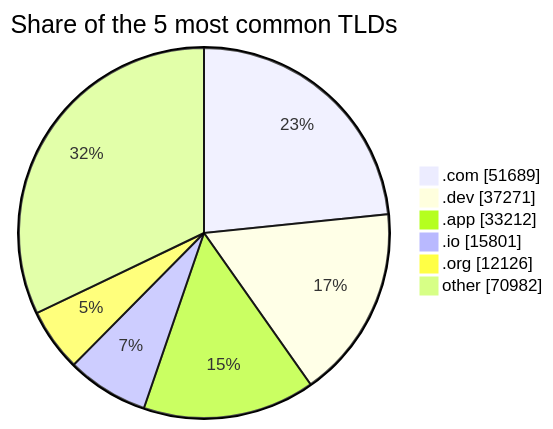
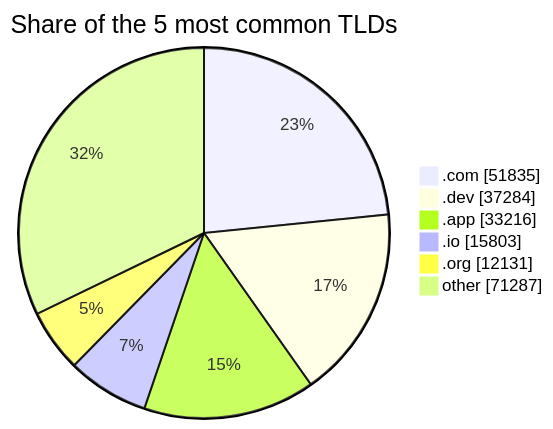
Before and after one commit to DNSBunker/CTI: the second of 2 diagrams in README.md, drawn with Mermaid. The commit also changed other lines of this file and 3 other files, not shown here.

````diff
--- a/README.md
+++ b/README.md
@@ -72,9 +72,9 @@
 ```mermaid
 pie showData title Share of the 5 most common TLDs
-    ".com" : 51689
-    ".dev" : 37271
-    ".app" : 33212
-    ".io" : 15801
-    ".org" : 12126
-    "other" : 70982
+    ".com" : 51835
+    ".dev" : 37284
+    ".app" : 33216
+    ".io" : 15803
+    ".org" : 12131
+    "other" : 71287
 ```
````
